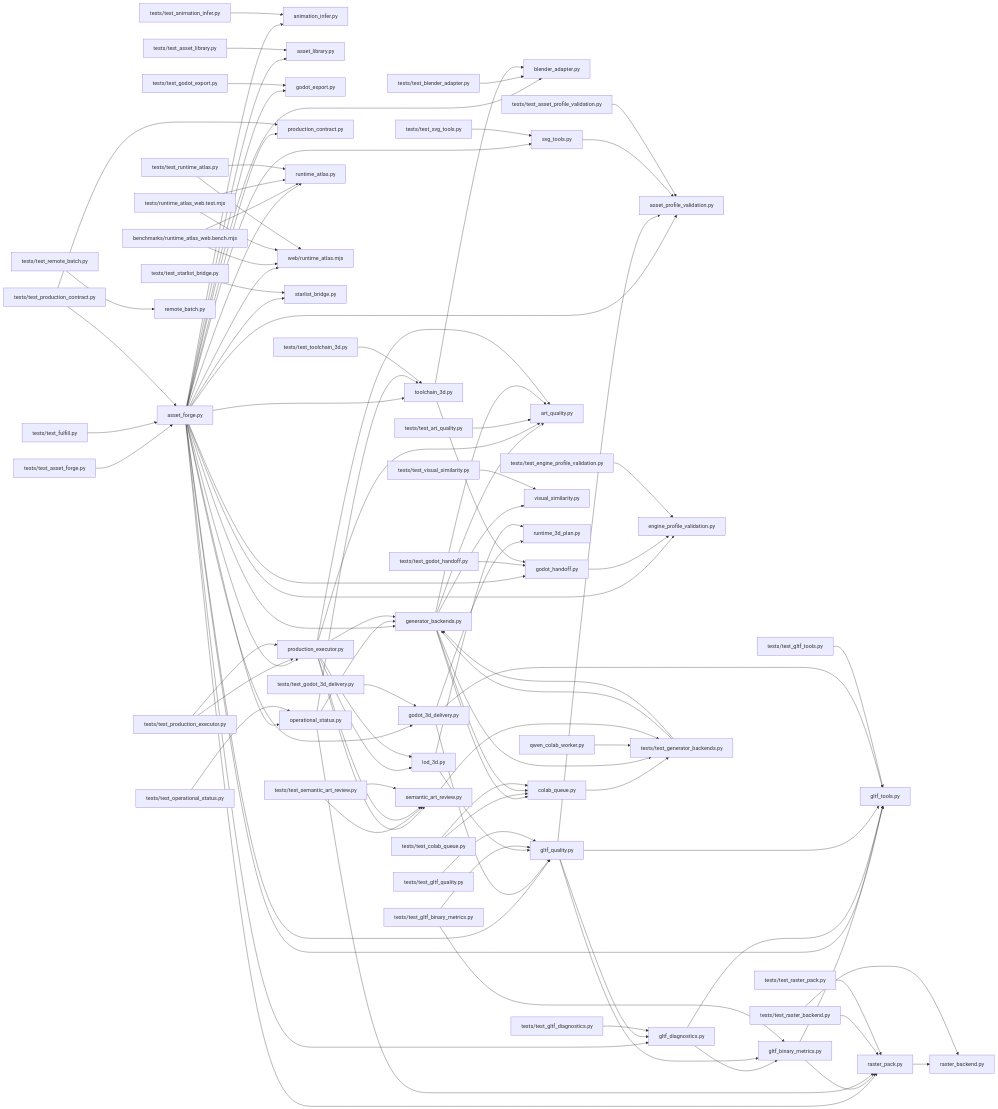
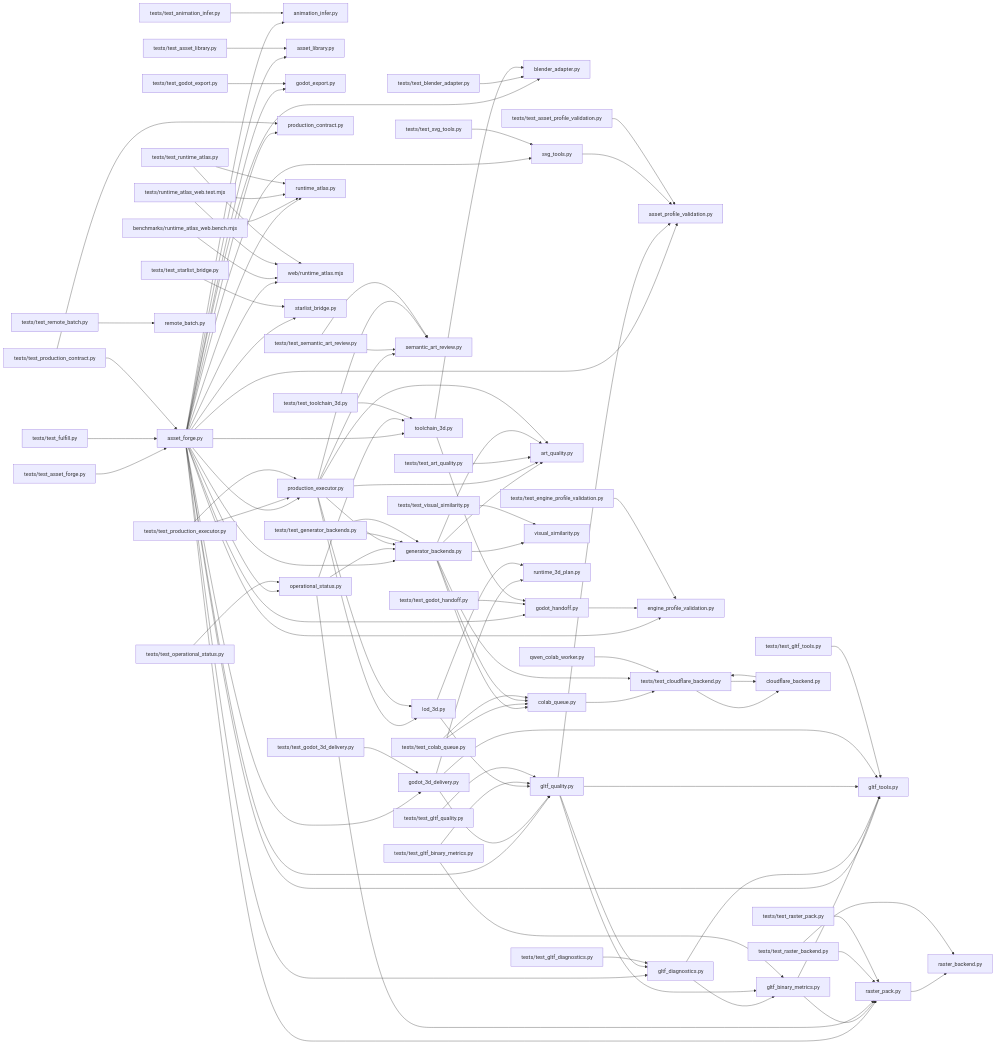
One commit to dbrckk/asset-forge changed the diagram in .ai/brain/architecture.mmd. Above: the diagram before and after it, drawn with Mermaid. The commit also changed 80 other files, not shown here.

```diff
--- a/.ai/brain/architecture.mmd
+++ b/.ai/brain/architecture.mmd
@@ -1,100 +1,102 @@
 flowchart LR
   nf6aaebdb60["asset_forge.py"] --> na6af60504f["animation_infer.py"]
   nf6aaebdb60["asset_forge.py"] --> n3999d8a6d6["asset_library.py"]
   nf6aaebdb60["asset_forge.py"] --> n0b538ad53a["asset_profile_validation.py"]
   nf6aaebdb60["asset_forge.py"] --> n53f8241bed["blender_adapter.py"]
   nf6aaebdb60["asset_forge.py"] --> n6c970becb0["engine_profile_validation.py"]
   nf6aaebdb60["asset_forge.py"] --> n628d7e8336["generator_backends.py"]
   nf6aaebdb60["asset_forge.py"] --> n75933d141d["gltf_diagnostics.py"]
   nf6aaebdb60["asset_forge.py"] --> n40671eb73f["gltf_quality.py"]
   nf6aaebdb60["asset_forge.py"] --> n603af8be95["gltf_tools.py"]
   nf6aaebdb60["asset_forge.py"] --> n19f6cc30a2["godot_3d_delivery.py"]
   nf6aaebdb60["asset_forge.py"] --> nf513c6f74a["godot_export.py"]
   nf6aaebdb60["asset_forge.py"] --> n4ac24c4308["godot_handoff.py"]
   nf6aaebdb60["asset_forge.py"] --> n8e6c2af7cd["operational_status.py"]
   nf6aaebdb60["asset_forge.py"] --> n053badf172["production_contract.py"]
   nf6aaebdb60["asset_forge.py"] --> nd2e1f874ab["production_executor.py"]
   nf6aaebdb60["asset_forge.py"] --> n812f5d6cd8["raster_pack.py"]
   nf6aaebdb60["asset_forge.py"] --> n5b9c1dbfe7["runtime_atlas.py"]
   nf6aaebdb60["asset_forge.py"] --> nbf71796fb5["web/runtime_atlas.mjs"]
   nf6aaebdb60["asset_forge.py"] --> n60f2773fae["starlist_bridge.py"]
   nf6aaebdb60["asset_forge.py"] --> nd1a9eb18f4["svg_tools.py"]
   nf6aaebdb60["asset_forge.py"] --> n9f52789201["toolchain_3d.py"]
   nf1083f5ce7["benchmarks/runtime_atlas_web.bench.mjs"] --> n5b9c1dbfe7["runtime_atlas.py"]
   nf1083f5ce7["benchmarks/runtime_atlas_web.bench.mjs"] --> nbf71796fb5["web/runtime_atlas.mjs"]
   n628d7e8336["generator_backends.py"] --> n8d2c947be9["art_quality.py"]
   n628d7e8336["generator_backends.py"] --> n297363c718["colab_queue.py"]
   n628d7e8336["generator_backends.py"] --> n138016621f["visual_similarity.py"]
   nf2ad6ffaad["gltf_binary_metrics.py"] --> n603af8be95["gltf_tools.py"]
   nf2ad6ffaad["gltf_binary_metrics.py"] --> n812f5d6cd8["raster_pack.py"]
   n75933d141d["gltf_diagnostics.py"] --> nf2ad6ffaad["gltf_binary_metrics.py"]
   n75933d141d["gltf_diagnostics.py"] --> n603af8be95["gltf_tools.py"]
   n40671eb73f["gltf_quality.py"] --> n0b538ad53a["asset_profile_validation.py"]
   n40671eb73f["gltf_quality.py"] --> nf2ad6ffaad["gltf_binary_metrics.py"]
   n40671eb73f["gltf_quality.py"] --> n75933d141d["gltf_diagnostics.py"]
   n40671eb73f["gltf_quality.py"] --> n603af8be95["gltf_tools.py"]
   n19f6cc30a2["godot_3d_delivery.py"] --> n40671eb73f["gltf_quality.py"]
   n19f6cc30a2["godot_3d_delivery.py"] --> n603af8be95["gltf_tools.py"]
   n19f6cc30a2["godot_3d_delivery.py"] --> n380cc2f323["runtime_3d_plan.py"]
   n4ac24c4308["godot_handoff.py"] --> n6c970becb0["engine_profile_validation.py"]
   n717921bc3d["lod_3d.py"] --> n40671eb73f["gltf_quality.py"]
   n717921bc3d["lod_3d.py"] --> n380cc2f323["runtime_3d_plan.py"]
   n8e6c2af7cd["operational_status.py"] --> n628d7e8336["generator_backends.py"]
   n8e6c2af7cd["operational_status.py"] --> n812f5d6cd8["raster_pack.py"]
   n8e6c2af7cd["operational_status.py"] --> n9f52789201["toolchain_3d.py"]
   nd2e1f874ab["production_executor.py"] --> n8d2c947be9["art_quality.py"]
   nd2e1f874ab["production_executor.py"] --> n628d7e8336["generator_backends.py"]
   nd2e1f874ab["production_executor.py"] --> n717921bc3d["lod_3d.py"]
   nd2e1f874ab["production_executor.py"] --> n34d09e1079["semantic_art_review.py"]
   n812f5d6cd8["raster_pack.py"] --> n1f573e1b00["raster_backend.py"]
   nd1a9eb18f4["svg_tools.py"] --> n0b538ad53a["asset_profile_validation.py"]
   n6d6a7f3f5f["tests/runtime_atlas_web.test.mjs"] --> n5b9c1dbfe7["runtime_atlas.py"]
   n6d6a7f3f5f["tests/runtime_atlas_web.test.mjs"] --> nbf71796fb5["web/runtime_atlas.mjs"]
   ndd9a4fb45c["tests/test_animation_infer.py"] --> na6af60504f["animation_infer.py"]
   nd3b6d2e9bf["tests/test_art_quality.py"] --> n8d2c947be9["art_quality.py"]
   na7d4387d3f["tests/test_asset_forge.py"] --> nf6aaebdb60["asset_forge.py"]
   nd8f3ab5afe["tests/test_asset_library.py"] --> n3999d8a6d6["asset_library.py"]
   necd522caf1["tests/test_asset_profile_validation.py"] --> n0b538ad53a["asset_profile_validation.py"]
   n0b5e01c792["tests/test_blender_adapter.py"] --> n53f8241bed["blender_adapter.py"]
+  nd61ce24a19["tests/test_cloudflare_backend.py"] --> n231cecf222["cloudflare_backend.py"]
   n95d1bab560["tests/test_colab_queue.py"] --> n297363c718["colab_queue.py"]
   n69f8299d4b["tests/test_engine_profile_validation.py"] --> n6c970becb0["engine_profile_validation.py"]
   n8020ce18e3["tests/test_fulfill.py"] --> nf6aaebdb60["asset_forge.py"]
   n3669c12588["tests/test_generator_backends.py"] --> n628d7e8336["generator_backends.py"]
   nd70a422de4["tests/test_gltf_binary_metrics.py"] --> nf2ad6ffaad["gltf_binary_metrics.py"]
   nd70a422de4["tests/test_gltf_binary_metrics.py"] --> n40671eb73f["gltf_quality.py"]
   nfb115d84b9["tests/test_gltf_diagnostics.py"] --> n75933d141d["gltf_diagnostics.py"]
   n9879eb7c58["tests/test_gltf_quality.py"] --> n40671eb73f["gltf_quality.py"]
   nbe4b566f23["tests/test_gltf_tools.py"] --> n603af8be95["gltf_tools.py"]
   n5132dff4b4["tests/test_godot_3d_delivery.py"] --> n19f6cc30a2["godot_3d_delivery.py"]
   n765e2032dc["tests/test_godot_export.py"] --> nf513c6f74a["godot_export.py"]
   n796d12e7ad["tests/test_godot_handoff.py"] --> n4ac24c4308["godot_handoff.py"]
   nae44096017["tests/test_operational_status.py"] --> n8e6c2af7cd["operational_status.py"]
   n2bf208ea95["tests/test_production_contract.py"] --> nf6aaebdb60["asset_forge.py"]
   n2bf208ea95["tests/test_production_contract.py"] --> n053badf172["production_contract.py"]
   n7bb7caee30["tests/test_production_executor.py"] --> nd2e1f874ab["production_executor.py"]
   nfa190699df["tests/test_raster_backend.py"] --> n1f573e1b00["raster_backend.py"]
   nfa190699df["tests/test_raster_backend.py"] --> n812f5d6cd8["raster_pack.py"]
   nacd4f64dad["tests/test_raster_pack.py"] --> n812f5d6cd8["raster_pack.py"]
   ncdb28658b5["tests/test_remote_batch.py"] --> nfa0ff63ea9["remote_batch.py"]
   n648bc622f8["tests/test_runtime_atlas.py"] --> n5b9c1dbfe7["runtime_atlas.py"]
   n648bc622f8["tests/test_runtime_atlas.py"] --> nbf71796fb5["web/runtime_atlas.mjs"]
   n95de5055fd["tests/test_semantic_art_review.py"] --> n34d09e1079["semantic_art_review.py"]
   n741d12fac4["tests/test_starlist_bridge.py"] --> n60f2773fae["starlist_bridge.py"]
   n9799642b7e["tests/test_svg_tools.py"] --> nd1a9eb18f4["svg_tools.py"]
   n67da2e7cde["tests/test_toolchain_3d.py"] --> n9f52789201["toolchain_3d.py"]
   nb1c19216ea["tests/test_visual_similarity.py"] --> n138016621f["visual_similarity.py"]
   n9f52789201["toolchain_3d.py"] --> n53f8241bed["blender_adapter.py"]
   n9f52789201["toolchain_3d.py"] --> n4ac24c4308["godot_handoff.py"]
   n628d7e8336["generator_backends.py"] --> n8d2c947be9["art_quality.py"]
   nd2e1f874ab["production_executor.py"] --> n8d2c947be9["art_quality.py"]
+  nd61ce24a19["tests/test_cloudflare_backend.py"] --> n231cecf222["cloudflare_backend.py"]
   n628d7e8336["generator_backends.py"] --> n297363c718["colab_queue.py"]
   n95d1bab560["tests/test_colab_queue.py"] --> n297363c718["colab_queue.py"]
   n3669c12588["tests/test_generator_backends.py"] --> n628d7e8336["generator_backends.py"]
+  n231cecf222["cloudflare_backend.py"] --> nd61ce24a19["tests/test_cloudflare_backend.py"]
+  n297363c718["colab_queue.py"] --> nd61ce24a19["tests/test_cloudflare_backend.py"]
+  n628d7e8336["generator_backends.py"] --> nd61ce24a19["tests/test_cloudflare_backend.py"]
+  n1007958fa3["qwen_colab_worker.py"] --> nd61ce24a19["tests/test_cloudflare_backend.py"]
   nd2e1f874ab["production_executor.py"] --> n717921bc3d["lod_3d.py"]
   n7bb7caee30["tests/test_production_executor.py"] --> nd2e1f874ab["production_executor.py"]
-  n297363c718["colab_queue.py"] --> n3669c12588["tests/test_generator_backends.py"]
-  n628d7e8336["generator_backends.py"] --> n3669c12588["tests/test_generator_backends.py"]
-  n1007958fa3["qwen_colab_worker.py"] --> n3669c12588["tests/test_generator_backends.py"]
-  n34d09e1079["semantic_art_review.py"] --> n3669c12588["tests/test_generator_backends.py"]
   nd2e1f874ab["production_executor.py"] --> n34d09e1079["semantic_art_review.py"]
   n95de5055fd["tests/test_semantic_art_review.py"] --> n34d09e1079["semantic_art_review.py"]
```
